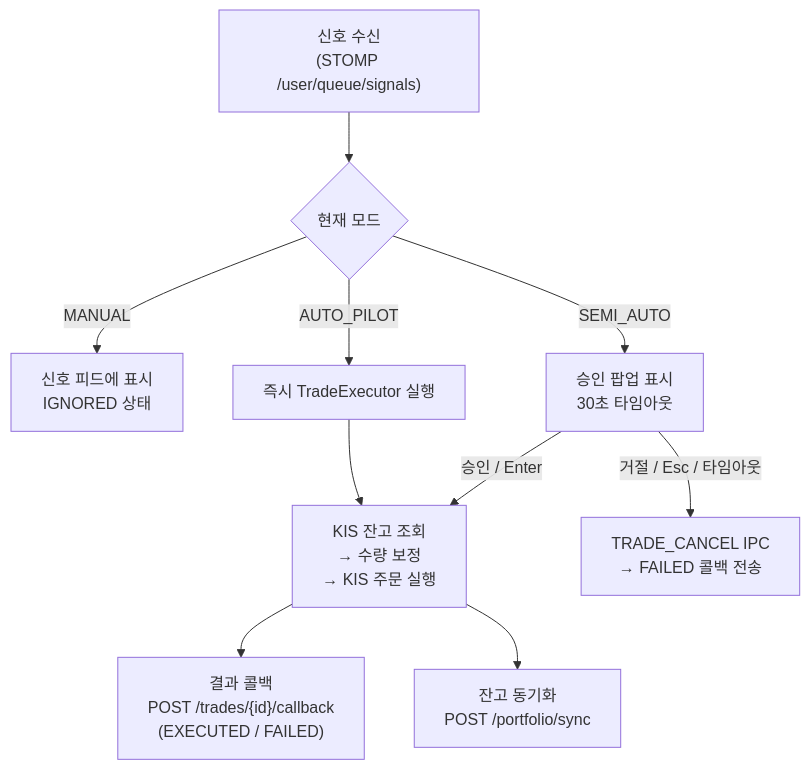
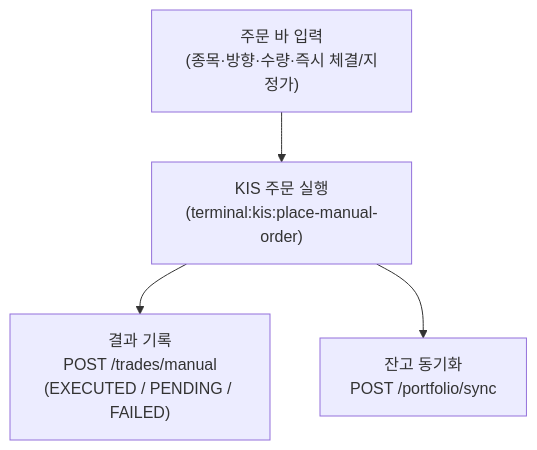
Before and after one commit to keonha123/Earning-Whisperer: the second of 2 diagrams in trading-terminal/README.md, drawn with Mermaid. The commit also changed other lines of this file and 5 other files, not shown here.

````diff
--- a/trading-terminal/README.md
+++ b/trading-terminal/README.md
@@ -67,16 +60,7 @@
 ```mermaid
 flowchart TD
-    Signal["신호 수신\n(STOMP /user/queue/signals)"]
-    Signal --> Mode{현재 모드}
-
-    Mode -->|MANUAL| Feed["신호 피드에 표시\nIGNORED 상태"]
-    Mode -->|SEMI_AUTO| Dialog["승인 팝업 표시\n30초 타임아웃"]
-    Mode -->|AUTO_PILOT| Auto["즉시 TradeExecutor 실행"]
-
-    Dialog -->|승인 / Enter| Execute
-    Dialog -->|거절 / Esc / 타임아웃| Cancel["TRADE_CANCEL IPC\n→ FAILED 콜백 전송"]
-
-    Auto --> Execute["KIS 잔고 조회\n→ 수량 보정\n→ KIS 주문 실행"]
-    Execute --> Callback["결과 콜백\nPOST /trades/{id}/callback\n(EXECUTED / FAILED)"]
+    Order["주문 바 입력\n(종목·방향·수량·즉시 체결/지정가)"]
+    Order --> Execute["KIS 주문 실행\n(terminal:kis:place-manual-order)"]
+    Execute --> Record["결과 기록\nPOST /trades/manual\n(EXECUTED / PENDING / FAILED)"]
     Execute --> Sync["잔고 동기화\nPOST /portfolio/sync"]
 ```
````
